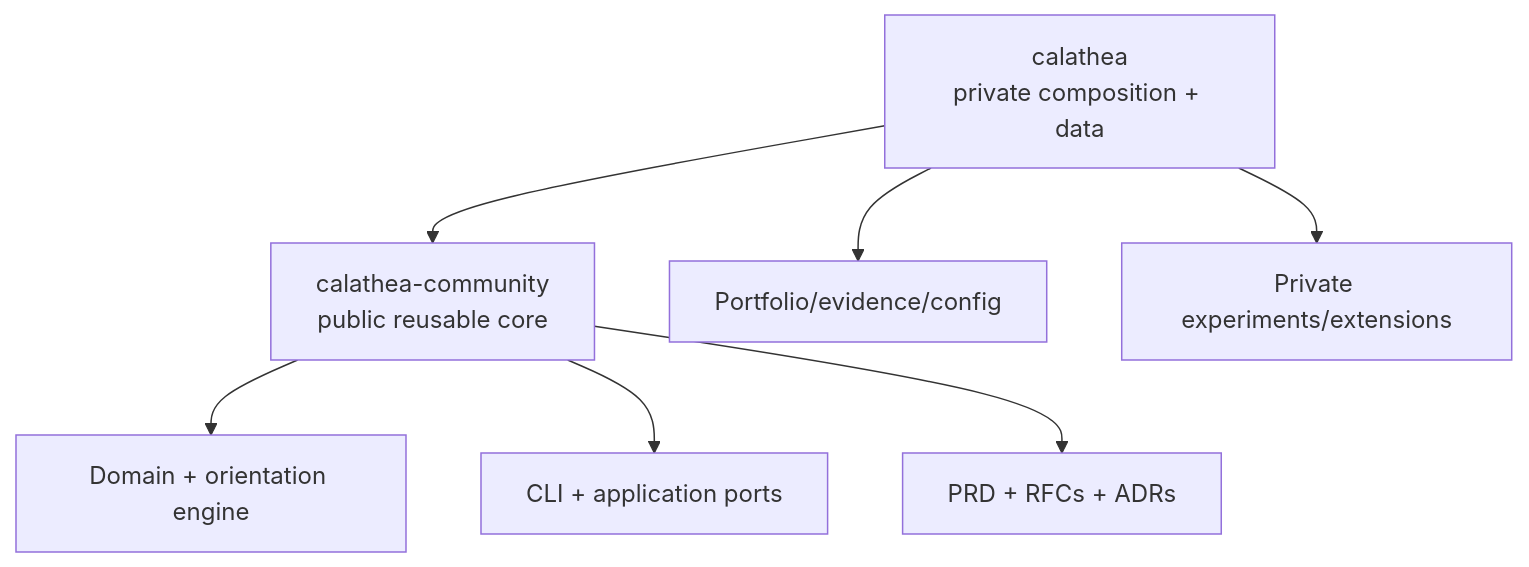
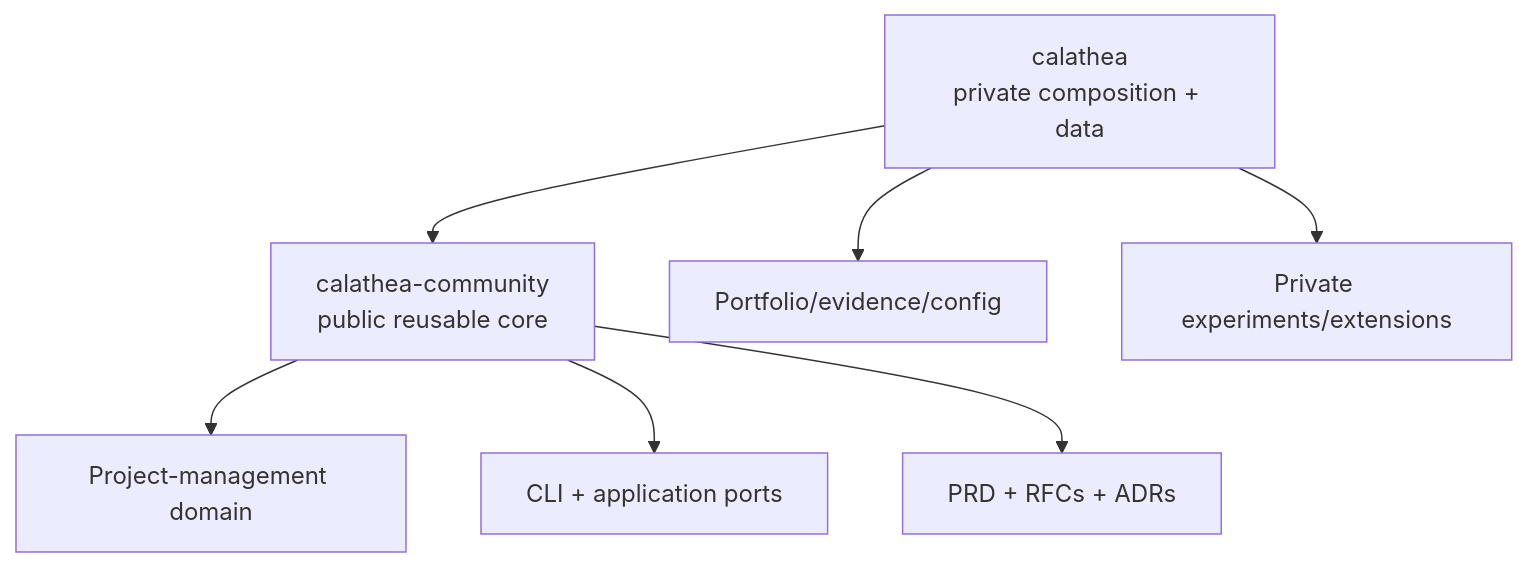
The third of 3 diagrams in README.md (hackelia-micrantha/calathea-community), drawn with Mermaid before and after one commit. The commit also changed other lines of this file, not shown here.

Commit message:
docs: position Calathea as AI-assisted project management

````diff
--- a/README.md
+++ b/README.md
@@ -98,9 +241,9 @@
 ```mermaid
 flowchart TB
     Private[calathea\nprivate composition + data] --> Public[calathea-community\npublic reusable core]
-    Public --> Domain[Domain + orientation engine]
+    Public --> Domain[Project-management domain]
     Public --> CLI[CLI + application ports]
     Public --> Contracts[PRD + RFCs + ADRs]
     Private --> PrivateData[Portfolio/evidence/config]
     Private --> PrivateExt[Private experiments/extensions]
 ```
````
